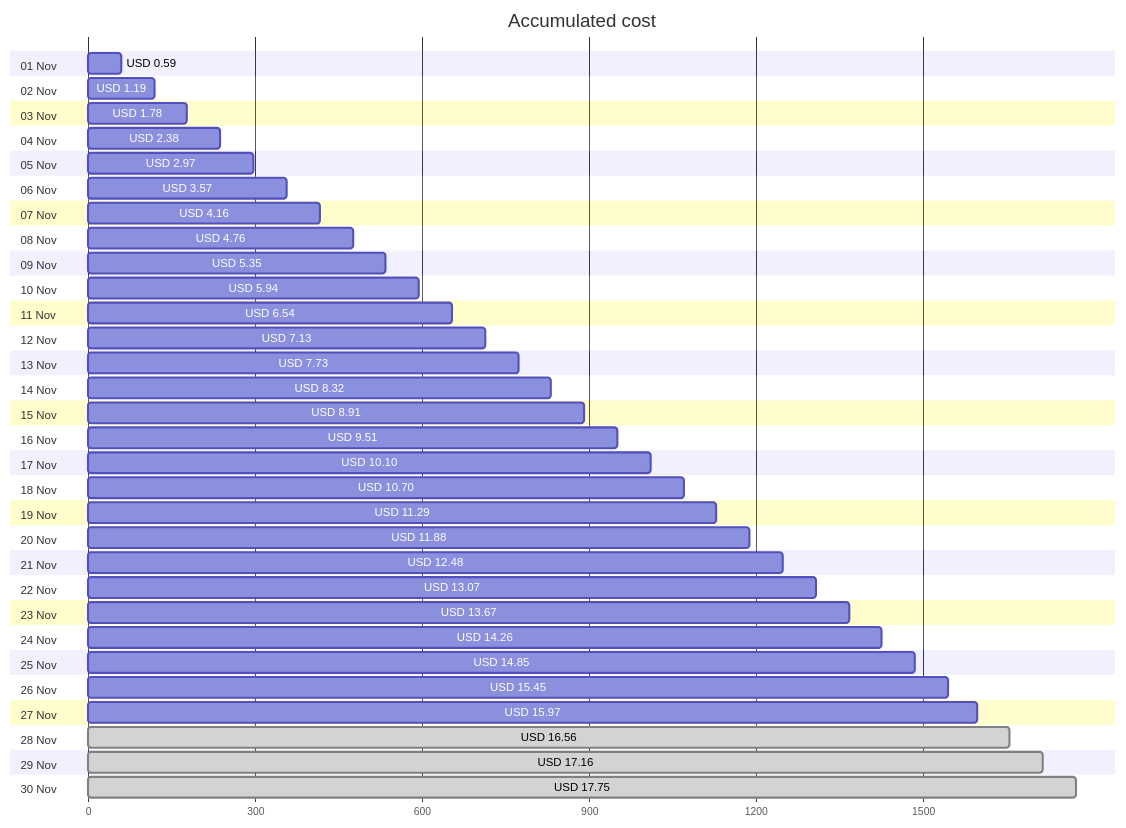
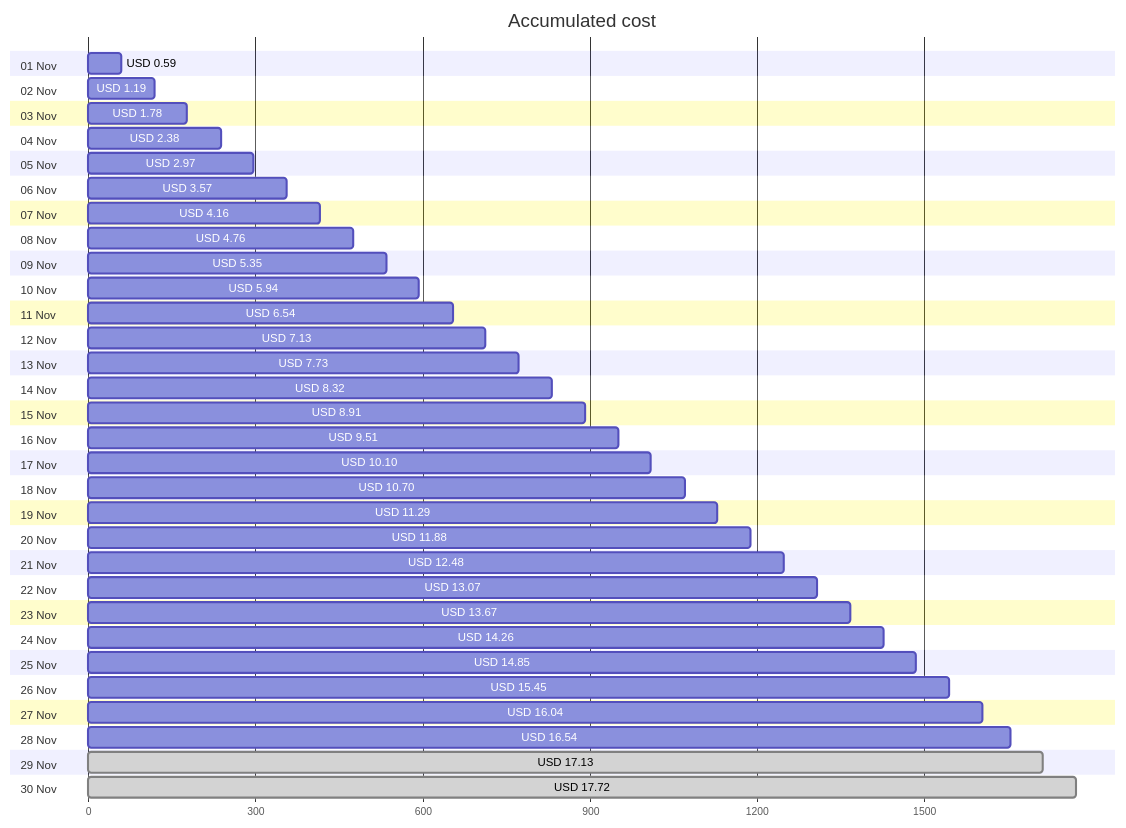
Before and after one commit to jpfulton/azure-personal-reports: the first of 4 diagrams in cost-reports/personal-site/README.md, drawn with Mermaid. The commit also changed other lines of this file and 6 other files, not shown here.

````diff
--- a/cost-reports/personal-site/README.md
+++ b/cost-reports/personal-site/README.md
@@ -20,66 +20,66 @@
 ```mermaid
 gantt
    title Accumulated cost
    dateFormat  X
    axisFormat %s
    section 01 Nov
    USD 0.59 :0, 59
    section 02 Nov
    USD 1.19 :0, 119
    section 03 Nov
    USD 1.78 :0, 178
    section 04 Nov
    USD 2.38 :0, 238
    section 05 Nov
    USD 2.97 :0, 297
    section 06 Nov
    USD 3.57 :0, 357
    section 07 Nov
    USD 4.16 :0, 416
    section 08 Nov
    USD 4.76 :0, 476
    section 09 Nov
    USD 5.35 :0, 535
    section 10 Nov
    USD 5.94 :0, 594
    section 11 Nov
    USD 6.54 :0, 654
    section 12 Nov
    USD 7.13 :0, 713
    section 13 Nov
    USD 7.73 :0, 773
    section 14 Nov
    USD 8.32 :0, 832
    section 15 Nov
    USD 8.91 :0, 891
    section 16 Nov
    USD 9.51 :0, 951
    section 17 Nov
    USD 10.10 :0, 1010
    section 18 Nov
    USD 10.70 :0, 1070
    section 19 Nov
    USD 11.29 :0, 1129
    section 20 Nov
    USD 11.88 :0, 1188
    section 21 Nov
    USD 12.48 :0, 1248
    section 22 Nov
    USD 13.07 :0, 1307
    section 23 Nov
    USD 13.67 :0, 1367
    section 24 Nov
    USD 14.26 :0, 1426
    section 25 Nov
    USD 14.85 :0, 1485
    section 26 Nov
    USD 15.45 :0, 1545
    section 27 Nov
-   USD 15.97 :0, 1597
+   USD 16.04 :0, 1604
    section 28 Nov
-   USD 16.56 : done, 0, 1656
+   USD 16.54 :0, 1654
    section 29 Nov
-   USD 17.16 : done, 0, 1716
+   USD 17.13 : done, 0, 1713
    section 30 Nov
-   USD 17.75 : done, 0, 1775
+   USD 17.72 : done, 0, 1772
 ```
````
